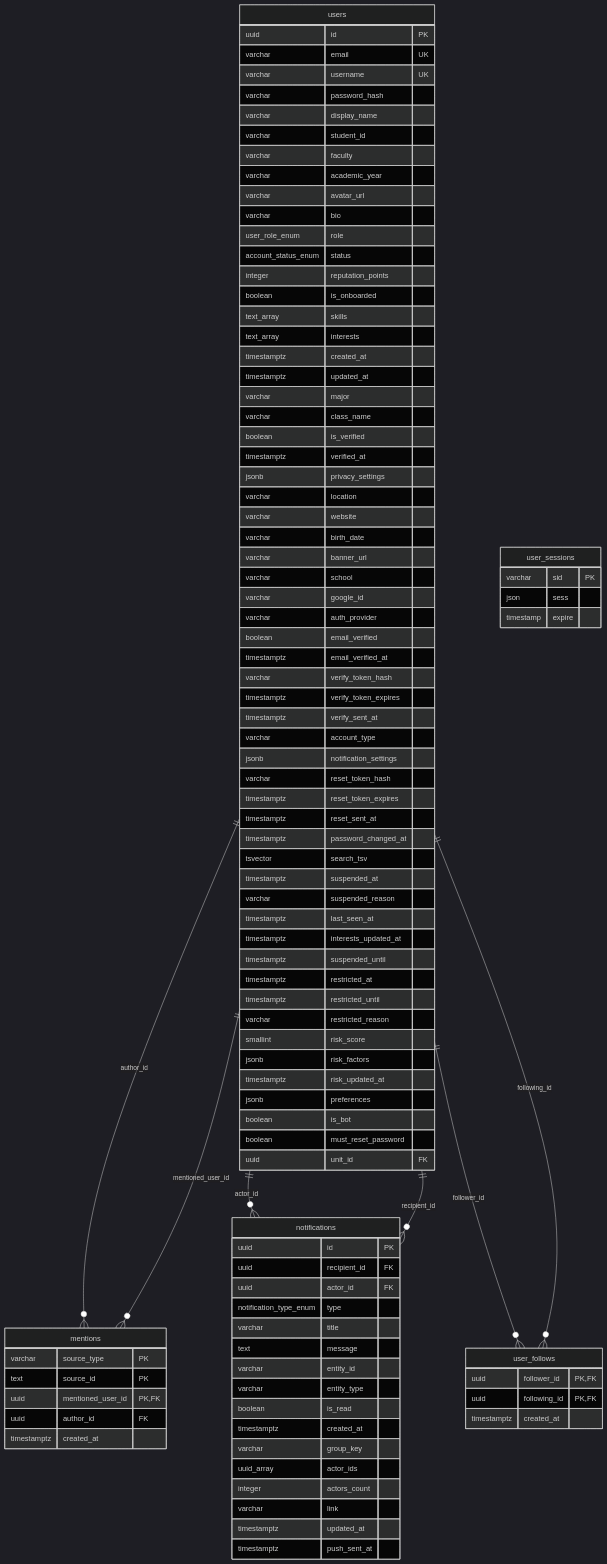
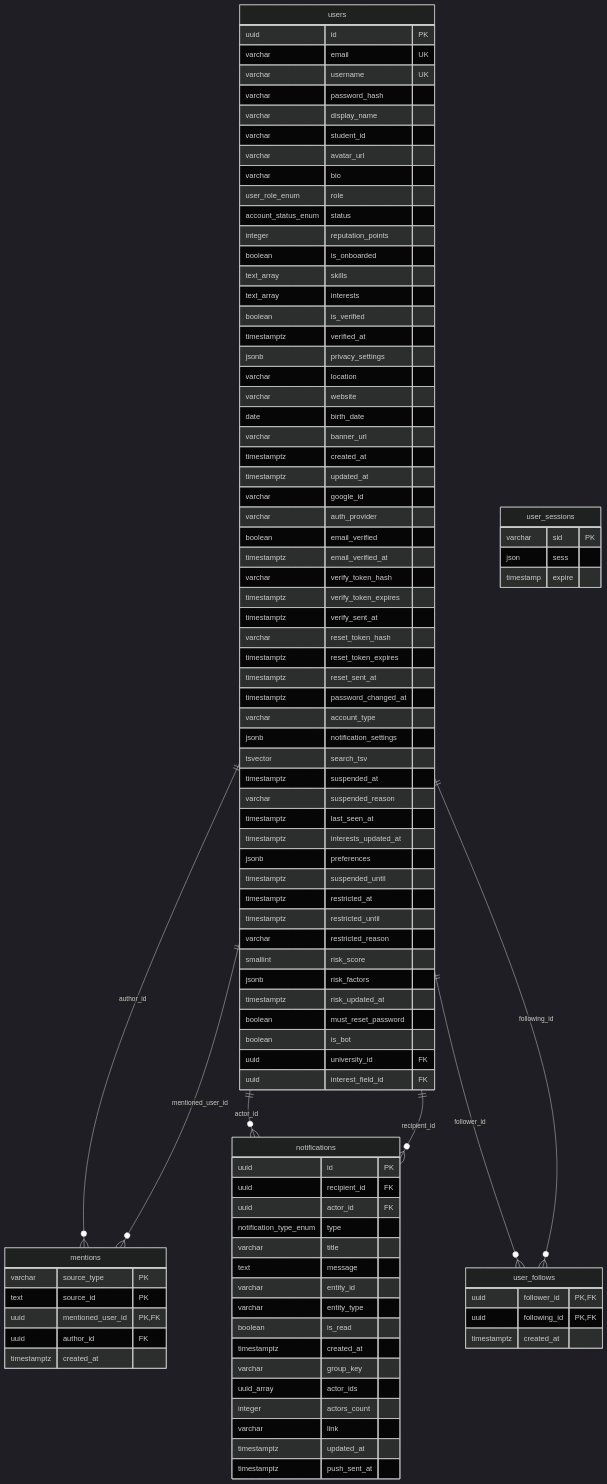
One commit to nhatcoi/pu-connect changed the second of 7 diagrams in docs/diagrams/04-erd.md. Above: the diagram before and after it, drawn with Mermaid (dark theme). The commit also changed other lines of this file and 23 other files, not shown here.

```diff
--- a/docs/diagrams/04-erd.md
+++ b/docs/diagrams/04-erd.md
@@ -169,8 +190,6 @@
     varchar password_hash
     varchar display_name
     varchar student_id
-    varchar faculty
-    varchar academic_year
     varchar avatar_url
     varchar bio
     user_role_enum role
@@ -179,18 +198,15 @@
     boolean is_onboarded
     text_array skills
     text_array interests
-    timestamptz created_at
-    timestamptz updated_at
-    varchar major
-    varchar class_name
     boolean is_verified
     timestamptz verified_at
     jsonb privacy_settings
     varchar location
     varchar website
-    varchar birth_date
+    date birth_date
     varchar banner_url
-    varchar school
+    timestamptz created_at
+    timestamptz updated_at
     varchar google_id
     varchar auth_provider
     boolean email_verified
@@ -198,17 +214,18 @@
     varchar verify_token_hash
     timestamptz verify_token_expires
     timestamptz verify_sent_at
-    varchar account_type
-    jsonb notification_settings
     varchar reset_token_hash
     timestamptz reset_token_expires
     timestamptz reset_sent_at
     timestamptz password_changed_at
+    varchar account_type
+    jsonb notification_settings
     tsvector search_tsv
     timestamptz suspended_at
     varchar suspended_reason
     timestamptz last_seen_at
     timestamptz interests_updated_at
+    jsonb preferences
     timestamptz suspended_until
     timestamptz restricted_at
     timestamptz restricted_until
@@ -216,10 +233,10 @@
     smallint risk_score
     jsonb risk_factors
     timestamptz risk_updated_at
-    jsonb preferences
+    boolean must_reset_password
     boolean is_bot
-    boolean must_reset_password
-    uuid unit_id FK
+    uuid university_id FK
+    uuid interest_field_id FK
   }
   user_follows {
     uuid follower_id PK,FK
```
